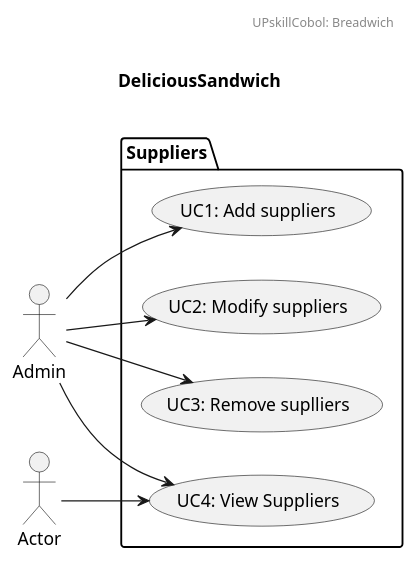
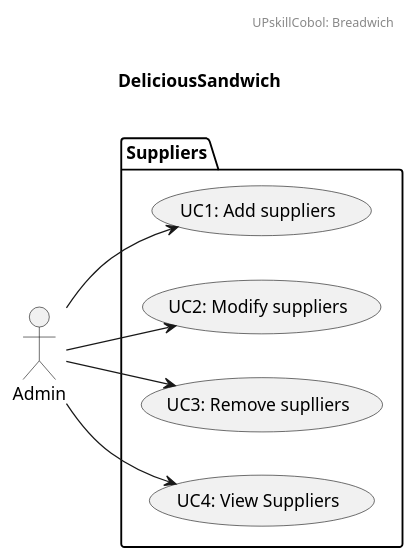
One commit to UpSkillCobol/lab2 changed the diagram in Part2/documentation/UCSuppliers.puml. Above: the diagram before and after it, drawn with PlantUML.

Commit message:
Update UCSuppliers.puml
Update Case Diagram Suppliers.

```diff
--- a/Part2/documentation/UCSuppliers.puml
+++ b/Part2/documentation/UCSuppliers.puml
@@ -1,24 +1,23 @@
 @startuml
 left to right direction
 
 header
 UPskillCobol: Breadwich
 endheader
 
 title \nDeliciousSandwich\n
 
 
 
 package Suppliers {
   usecase "UC1: Add suppliers" as UC1
   usecase "UC2: Modify suppliers" as UC2
   usecase "UC3: Remove suplliers" as UC3
   usecase "UC4: View Suppliers" as UC4
 }
 
 Admin --> UC1
 Admin --> UC2
 Admin --> UC3
 Admin --> UC4
-Actor --> UC4
 @enduml
```
